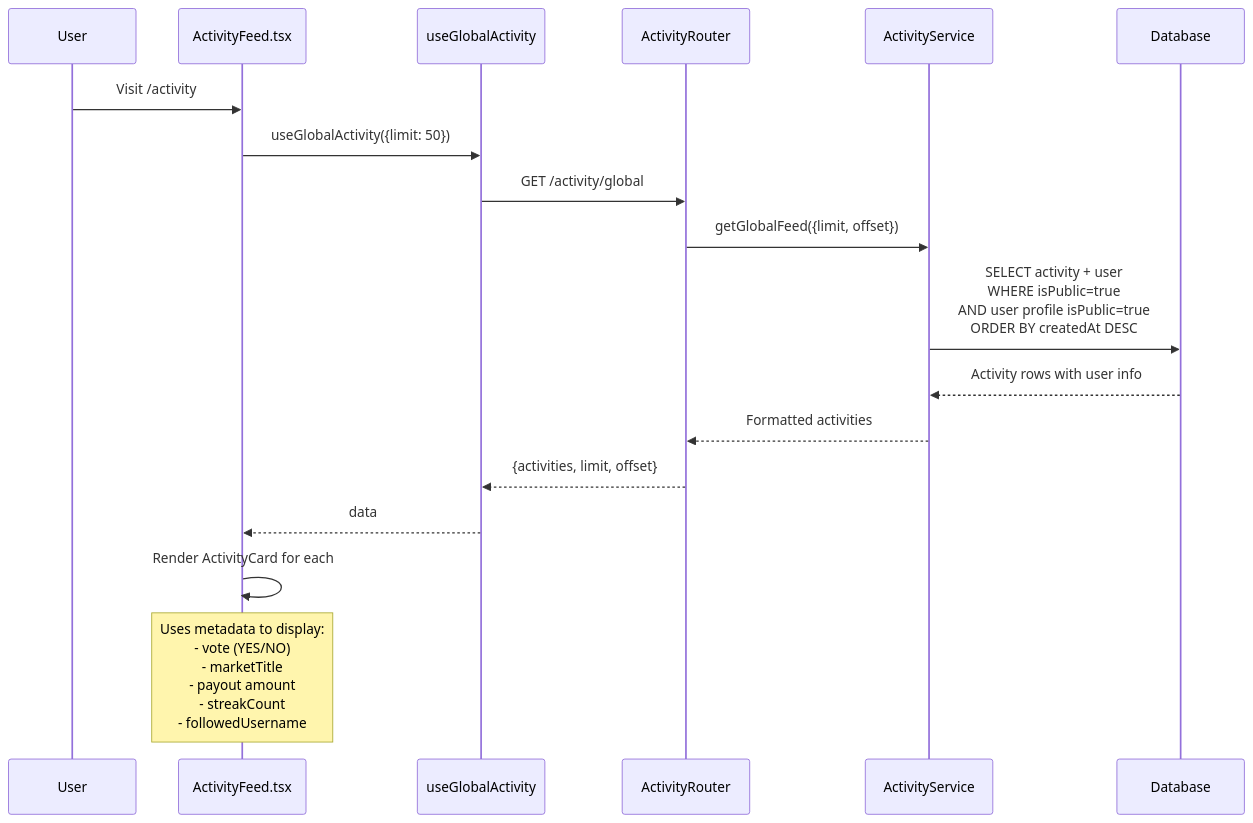
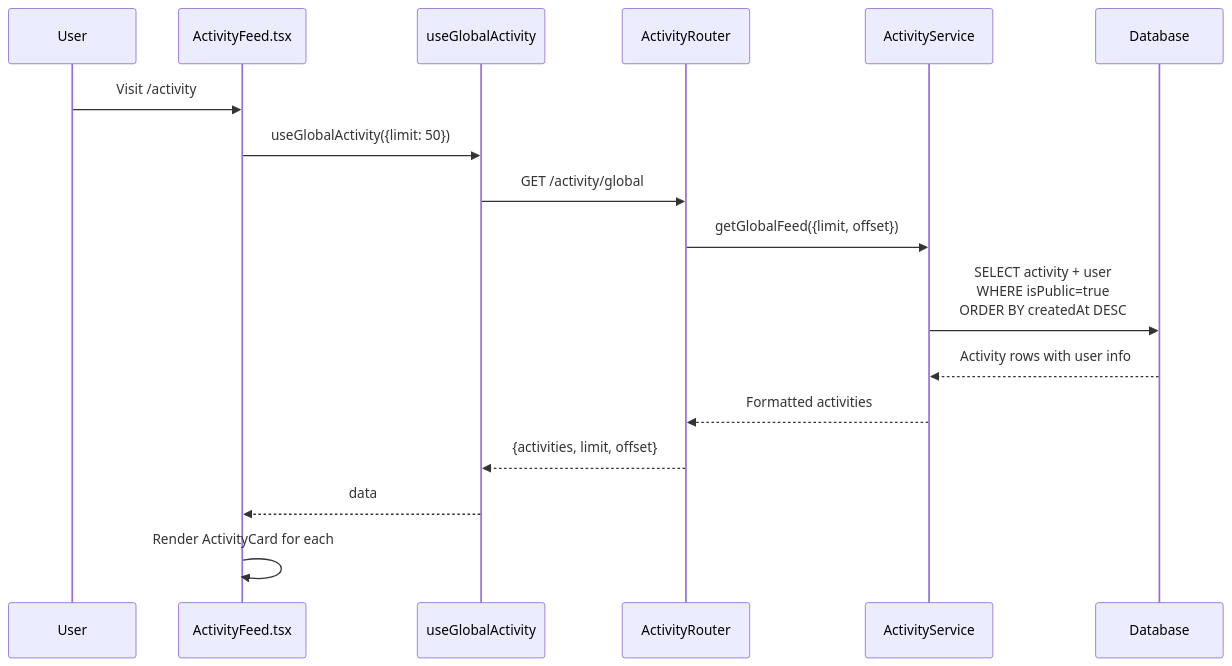
One commit to grmkris/yoda.fun changed the seventh of 7 diagrams in docs/ACTIVITY_SYSTEM_OVERVIEW.md. Above: the diagram before and after it, drawn with Mermaid. The commit also changed other lines of this file and 6 other files, not shown here.

````diff
--- a/docs/ACTIVITY_SYSTEM_OVERVIEW.md
+++ b/docs/ACTIVITY_SYSTEM_OVERVIEW.md
@@ -122,24 +233,23 @@
 ```mermaid
 sequenceDiagram
     participant U as User
     participant Web as ActivityFeed.tsx
     participant Hook as useGlobalActivity
     participant API as ActivityRouter
     participant AS as ActivityService
     participant DB as Database
 
     U->>Web: Visit /activity
     Web->>Hook: useGlobalActivity({limit: 50})
     Hook->>API: GET /activity/global
     API->>AS: getGlobalFeed({limit, offset})
 
-    AS->>DB: SELECT activity + user<br/>WHERE isPublic=true<br/>AND user profile isPublic=true<br/>ORDER BY createdAt DESC
+    AS->>DB: SELECT activity + user<br/>WHERE isPublic=true<br/>ORDER BY createdAt DESC
 
     DB-->>AS: Activity rows with user info
     AS-->>API: Formatted activities
     API-->>Hook: {activities, limit, offset}
     Hook-->>Web: data
 
     Web->>Web: Render ActivityCard for each
-    Note over Web: Uses metadata to display:<br/>- vote (YES/NO)<br/>- marketTitle<br/>- payout amount<br/>- streakCount<br/>- followedUsername
 ```
````
